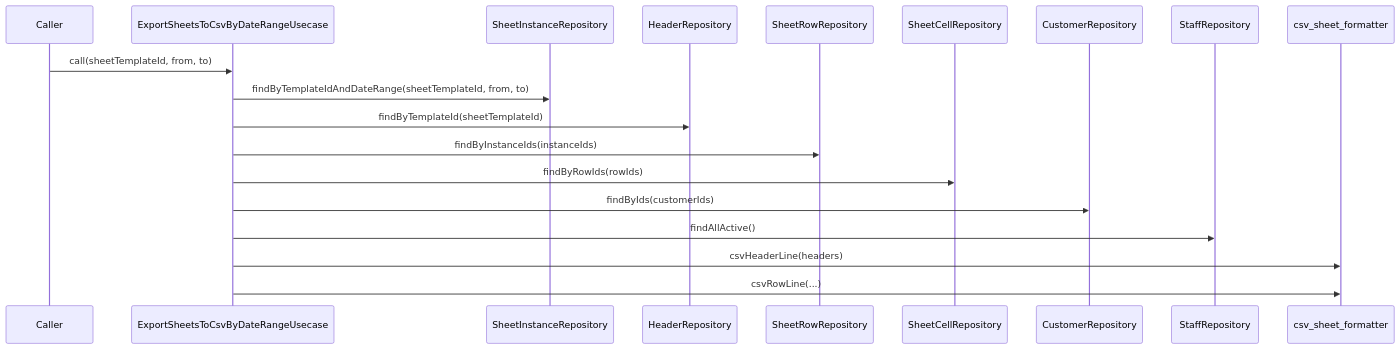
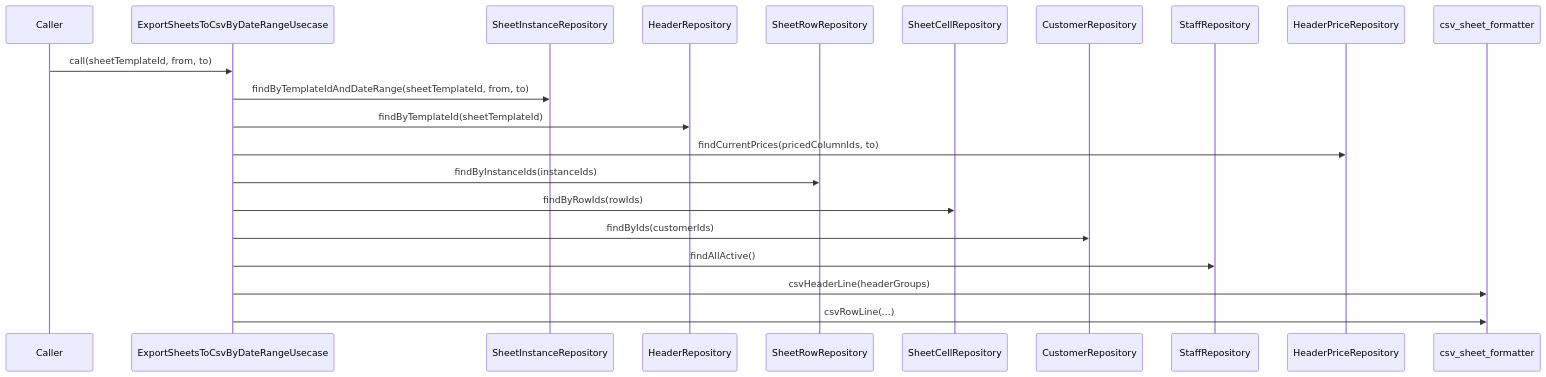
One commit to MinamiyamaKotaro/m3_pad changed the diagram in docs/design/lib/src/features/voucher/domain/usecases/export_sheets_to_csv_by_date_range_usecase.md. Above: the diagram before and after it, drawn with Mermaid. The commit also changed other lines of this file and 29 other files, not shown here.

````diff
--- a/docs/design/lib/src/features/voucher/domain/usecases/export_sheets_to_csv_by_date_range_usecase.md
+++ b/docs/design/lib/src/features/voucher/domain/usecases/export_sheets_to_csv_by_date_range_usecase.md
@@ -13,22 +14,24 @@
 ```mermaid
 sequenceDiagram
     participant C as Caller
     participant U as ExportSheetsToCsvByDateRangeUsecase
     participant SIR as SheetInstanceRepository
     participant HR as HeaderRepository
     participant SRR as SheetRowRepository
     participant SCR as SheetCellRepository
     participant CR as CustomerRepository
     participant STR as StaffRepository
+    participant HPR as HeaderPriceRepository
     participant F as csv_sheet_formatter
 
     C->>U: call(sheetTemplateId, from, to)
     U->>SIR: findByTemplateIdAndDateRange(sheetTemplateId, from, to)
     U->>HR: findByTemplateId(sheetTemplateId)
+    U->>HPR: findCurrentPrices(pricedColumnIds, to)
     U->>SRR: findByInstanceIds(instanceIds)
     U->>SCR: findByRowIds(rowIds)
     U->>CR: findByIds(customerIds)
     U->>STR: findAllActive()
-    U->>F: csvHeaderLine(headers)
+    U->>F: csvHeaderLine(headerGroups)
     U->>F: csvRowLine(...)
 ```
````
